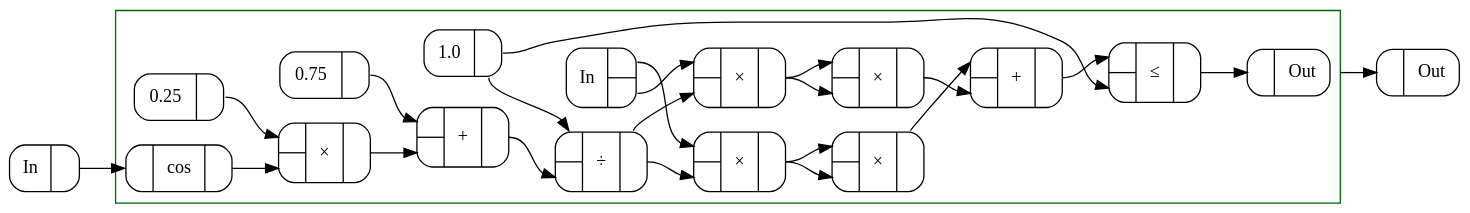
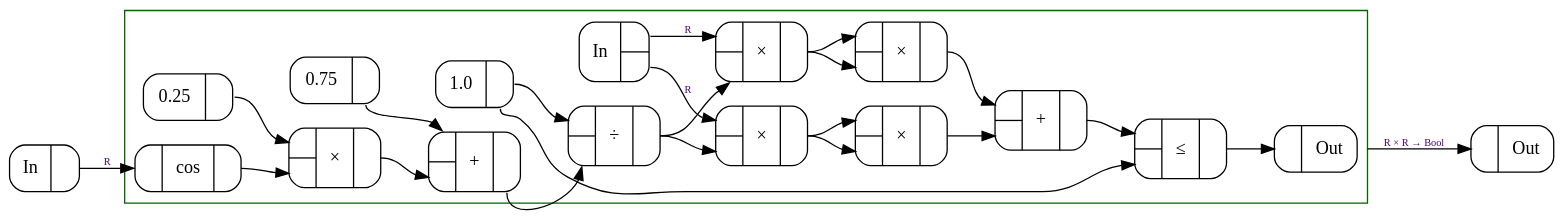
The diagram in Figures/wobbly-disk.dot (conal/2017-talk-teaching-new-tricks-to-old-programs), drawn with Graphviz before and after one commit.

```diff
--- a/Figures/wobbly-disk.dot
+++ b/Figures/wobbly-disk.dot
@@ -1,53 +1,53 @@
 digraph wobbly_disk {
   margin=0
   compound=true
   rankdir=LR
   node [shape=Mrecord]
   edge [fontsize=8,fontcolor=indigo]
   bgcolor=transparent
   nslimit=20
   subgraph clusterc0 { label=""; color=white; margin=0; c0 [label="{In|{<Out0>}}"] }
   subgraph clusterc17 { label=""; color=white; margin=0; c17 [label="{{<In0>}|Out}"] }
   subgraph cluster_16 {
     margin=8
     fontsize=20
     labeljust=r
     color=DarkGreen
-    subgraph clusterc9 { label=""; color=white; margin=0; c9 [label="{{<In0>|<In1>}|\×|{<Out0>}}"] }
-    subgraph clusterc11 { label=""; color=white; margin=0; c11 [label="{{<In0>|<In1>}|\×|{<Out0>}}"] }
-    subgraph clusterc6 { label=""; color=white; margin=0; c6 [label="{{<In0>|<In1>}|\×|{<Out0>}}"] }
-    subgraph clusterc10 { label=""; color=white; margin=0; c10 [label="{{<In0>|<In1>}|\×|{<Out0>}}"] }
-    subgraph clusterc12 { label=""; color=white; margin=0; c12 [label="{{<In0>|<In1>}|\×|{<Out0>}}"] }
-    subgraph clusterc7 { label=""; color=white; margin=0; c7 [label="{{<In0>|<In1>}|+|{<Out0>}}"] }
-    subgraph clusterc13 { label=""; color=white; margin=0; c13 [label="{{<In0>|<In1>}|+|{<Out0>}}"] }
-    subgraph clusterc8 { label=""; color=white; margin=0; c8 [label="{{<In0>|<In1>}|\÷|{<Out0>}}"] }
-    subgraph clusterc4 { label=""; color=white; margin=0; c4 [label="{0.25|{<Out0>}}"] }
-    subgraph clusterc3 { label=""; color=white; margin=0; c3 [label="{0.75|{<Out0>}}"] }
-    subgraph clusterc2 { label=""; color=white; margin=0; c2 [label="{1.0|{<Out0>}}"] }
-    subgraph clusterc14 { label=""; color=white; margin=0; c14 [label="{{<In0>|<In1>}|\≤|{<Out0>}}"] }
-    subgraph clusterc1 { label=""; color=white; margin=0; c1 [label="{In|{<Out0>|<Out1>}}"] }
-    subgraph clusterc15 { label=""; color=white; margin=0; c15 [label="{{<In0>}|Out}"] }
-    subgraph clusterc5 { label=""; color=white; margin=0; c5 [label="{{<In0>}|cos|{<Out0>}}"] }
-    c1:Out0 -> c9:In0 [llabel="Double"]
-    c8:Out0 -> c9:In1 [llabel="Double"]
-    c1:Out1 -> c11:In0 [llabel="Double"]
-    c8:Out0 -> c11:In1 [llabel="Double"]
-    c4:Out0 -> c6:In0 [llabel="Double"]
-    c5:Out0 -> c6:In1 [llabel="Double"]
-    c9:Out0 -> c10:In0 [llabel="Double"]
-    c9:Out0 -> c10:In1 [llabel="Double"]
-    c11:Out0 -> c12:In0 [llabel="Double"]
-    c11:Out0 -> c12:In1 [llabel="Double"]
-    c3:Out0 -> c7:In0 [llabel="Double"]
-    c6:Out0 -> c7:In1 [llabel="Double"]
-    c10:Out0 -> c13:In0 [llabel="Double"]
-    c12:Out0 -> c13:In1 [llabel="Double"]
-    c2:Out0 -> c8:In0 [llabel="Double"]
-    c7:Out0 -> c8:In1 [llabel="Double"]
-    c13:Out0 -> c14:In0 [llabel="Double"]
-    c2:Out0 -> c14:In1 [llabel="Double"]
+    c9 [label="{{<In0>|<In1>}|\×|{<Out0>}}"]
+    c11 [label="{{<In0>|<In1>}|\×|{<Out0>}}"]
+    c6 [label="{{<In0>|<In1>}|\×|{<Out0>}}"]
+    c10 [label="{{<In0>|<In1>}|\×|{<Out0>}}"]
+    c12 [label="{{<In0>|<In1>}|\×|{<Out0>}}"]
+    c7 [label="{{<In0>|<In1>}|+|{<Out0>}}"]
+    c13 [label="{{<In0>|<In1>}|+|{<Out0>}}"]
+    c8 [label="{{<In0>|<In1>}|\÷|{<Out0>}}"]
+    c4 [label="{0.25|{<Out0>}}"]
+    c3 [label="{0.75|{<Out0>}}"]
+    c2 [label="{1.0|{<Out0>}}"]
+    c14 [label="{{<In0>|<In1>}|\≤|{<Out0>}}"]
+    c1 [label="{In|{<Out0>|<Out1>}}"]
+    c15 [label="{{<In0>}|Out}"]
+    c5 [label="{{<In0>}|cos|{<Out0>}}"]
+    c1:Out0 -> c9:In0 [label="R"]
+    c8:Out0 -> c9:In1 [llabel="R"]
+    c1:Out1 -> c11:In0 [label="R"]
+    c8:Out0 -> c11:In1 [llabel="R"]
+    c4:Out0 -> c6:In0 [llabel="R"]
+    c5:Out0 -> c6:In1 [llabel="R"]
+    c9:Out0 -> c10:In0 [llabel="R"]
+    c9:Out0 -> c10:In1 [llabel="R"]
+    c11:Out0 -> c12:In0 [llabel="R"]
+    c11:Out0 -> c12:In1 [llabel="R"]
+    c3:Out0 -> c7:In0 [llabel="R"]
+    c6:Out0 -> c7:In1 [llabel="R"]
+    c10:Out0 -> c13:In0 [llabel="R"]
+    c12:Out0 -> c13:In1 [llabel="R"]
+    c2:Out0 -> c8:In0 [llabel="R"]
+    c7:Out0 -> c8:In1 [llabel="R"]
+    c13:Out0 -> c14:In0 [llabel="R"]
+    c2:Out0 -> c14:In1 [llabel="R"]
     c14:Out0 -> c15:In0 [llabel="Bool"]
-    c0:Out0 -> c5:In0 [llabel="Double"]
+    c0:Out0 -> c5:In0 [label="R"]
   }
-  c15 -> c17:In0 [ltail=cluster_16,llabel="Double × Double → Bool"]
+  c15 -> c17:In0 [ltail=cluster_16,label="R × R → Bool"]
 }
```
